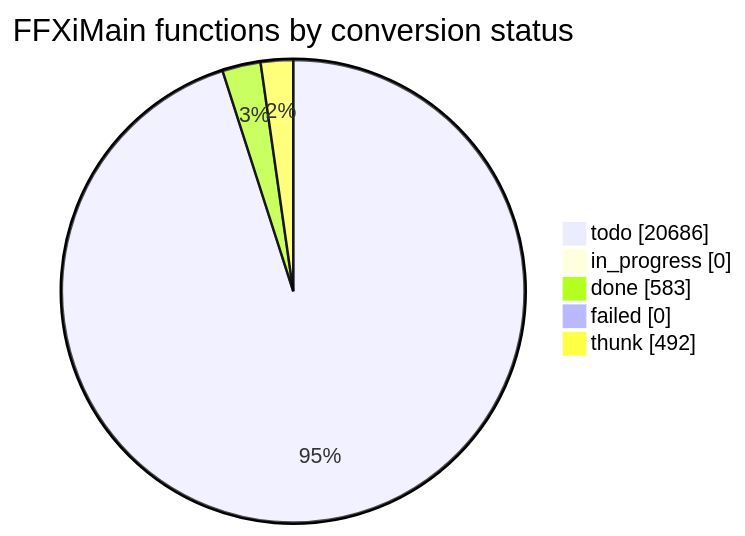
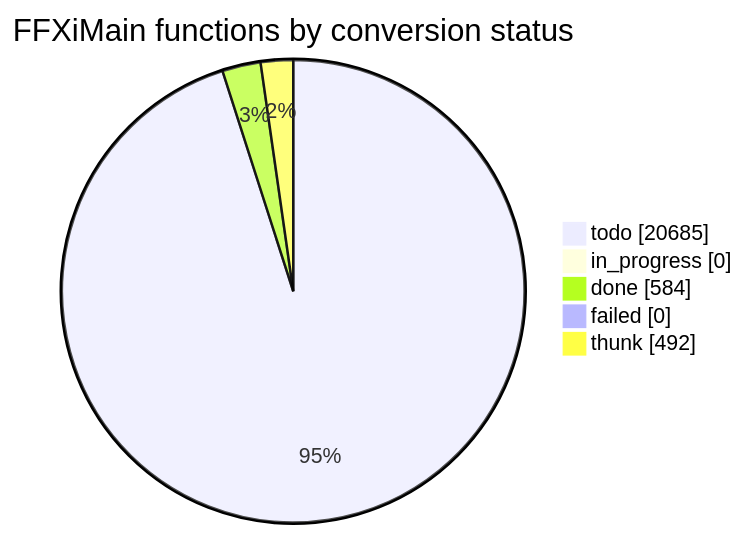
One commit to cowrevenge/cow_kuluu_xi_anything changed the diagram in docs/cow/STATUS.md. Above: the diagram before and after it, drawn with Mermaid. The commit also changed other lines of this file and 9 other files, not shown here.

````diff
--- a/docs/cow/STATUS.md
+++ b/docs/cow/STATUS.md
@@ -18,9 +18,9 @@
 ```mermaid
 pie showData
     title FFXiMain functions by conversion status
-    "todo" : 20686
+    "todo" : 20685
     "in_progress" : 0
-    "done" : 583
+    "done" : 584
     "failed" : 0
     "thunk" : 492
 ```
````
